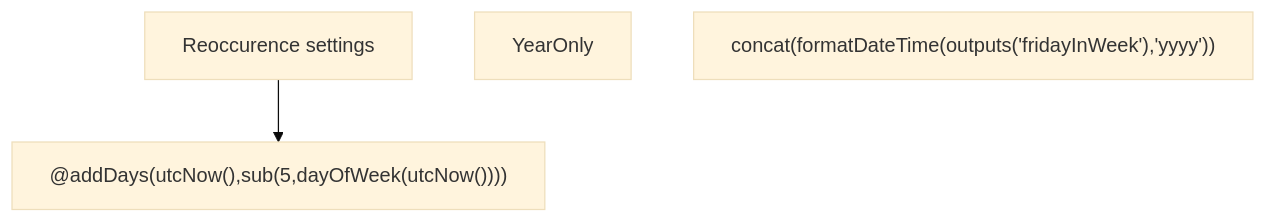
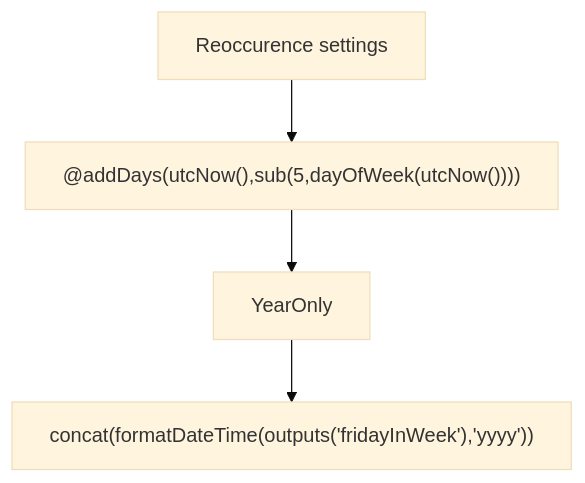
Before and after one commit to CharlesL-Sec/Power-Automate-Weekly-Reporting-Flow-Code: the diagram in README.md, drawn with Mermaid (base theme).

````diff
--- a/README.md
+++ b/README.md
@@ -37,12 +37,12 @@
 ```mermaid
 
 graph TD;
   trigger[Reoccurence settings]-->
-  getfridaydate["@addDays(utcNow(),sub(5,dayOfWeek(utcNow())))"]
-  setvariables[YearOnly]
+  getfridaydate["@addDays(utcNow(),sub(5,dayOfWeek(utcNow())))"]-->
+  setvariables[YearOnly]-->
   yearOnly["concat(formatDateTime(outputs('fridayInWeek'),'yyyy'))"]
 
 
 
 
 ```
````
